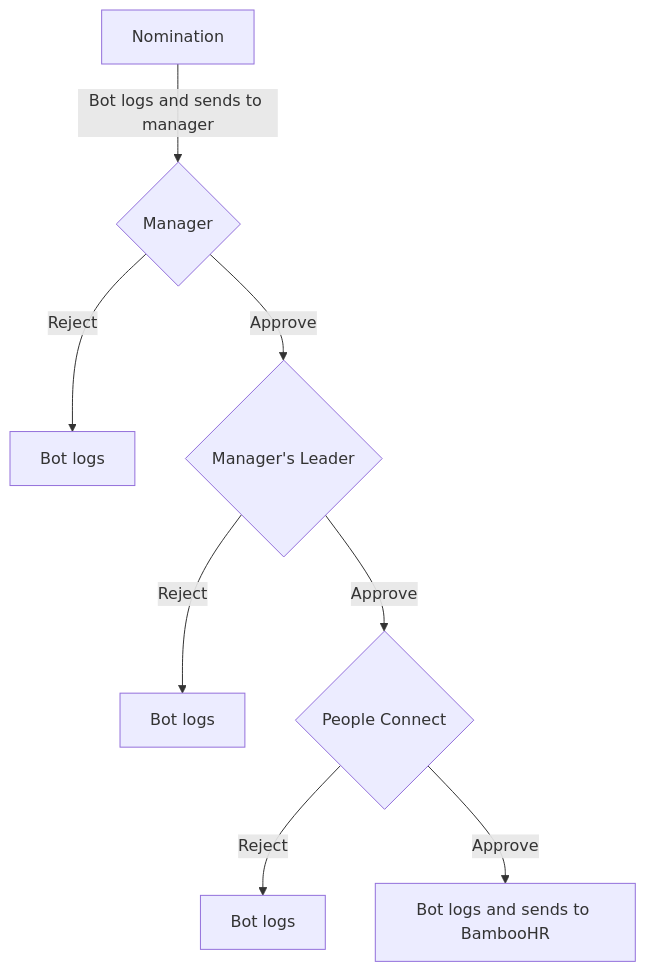
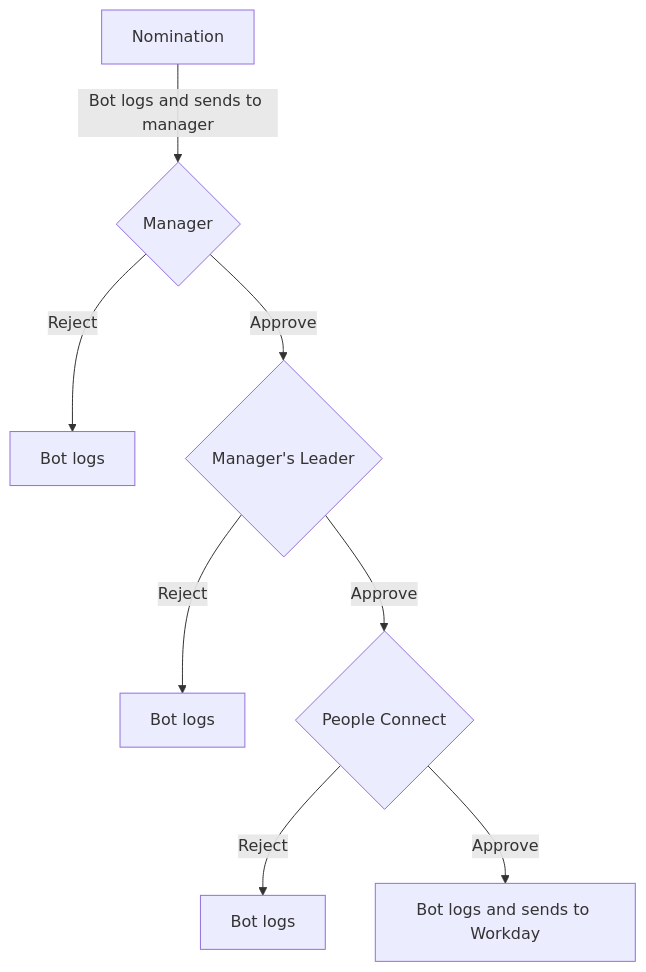
One commit to spicysoft/jp-www-gitlab-com changed the diagram in sites/handbook/source/handbook/incentives/index.html.md. Above: the diagram before and after it, drawn with Mermaid. The commit also changed other lines of this file, not shown here.

Commit message:
Updating Incentives page to Workday

````diff
--- a/sites/handbook/source/handbook/incentives/index.html.md
+++ b/sites/handbook/source/handbook/incentives/index.html.md
@@ -143,13 +121,13 @@
 ```mermaid
 graph TD;
   A[Nomination] -->|Bot logs and sends to manager| C;
   C{Manager}
   C -->|Reject| D[Bot logs];
   C -->|Approve| F;
   F{Manager's Leader}
   F -->|Reject| H[Bot logs];
   F -->|Approve| L;
   L{People Connect}
   L -->|Reject| M[Bot logs];
-  L -->|Approve| N[Bot logs and sends to BambooHR];
+  L -->|Approve| N[Bot logs and sends to Workday];
 ```
````
